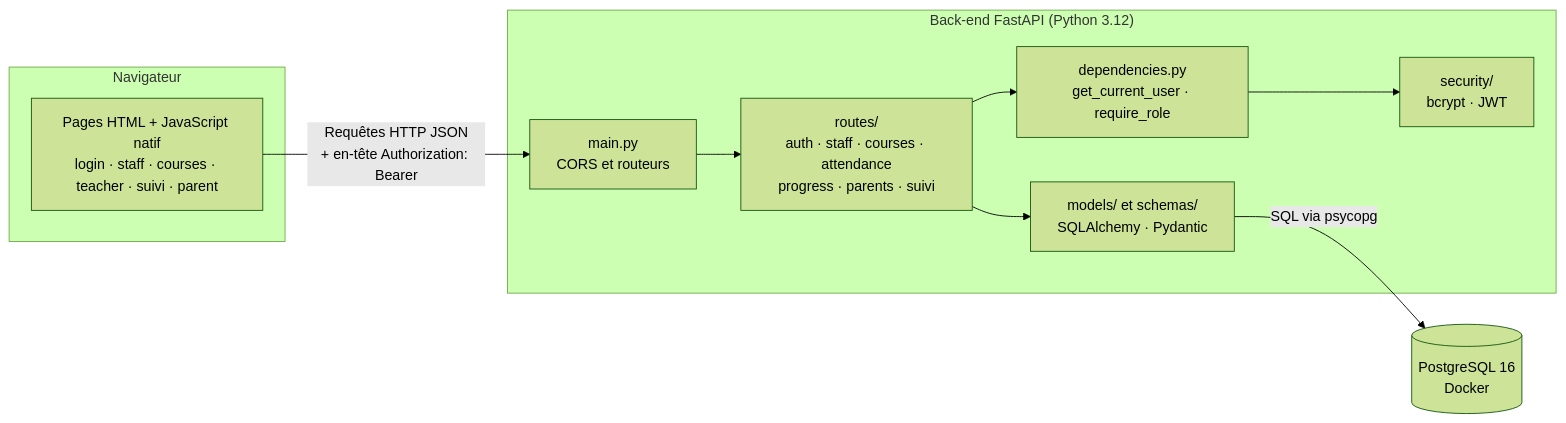
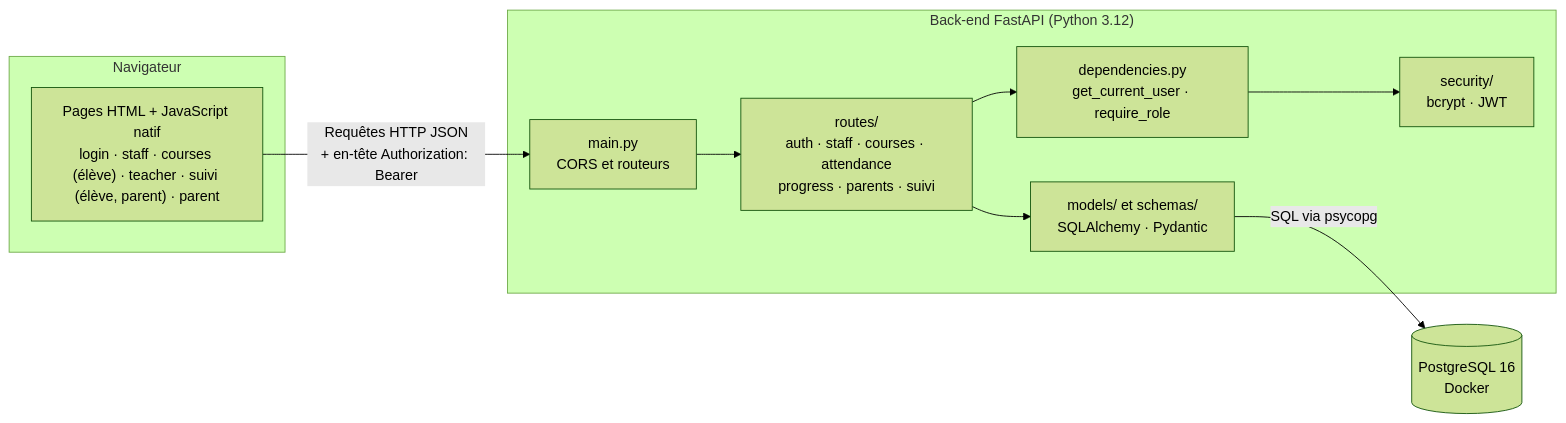
The first of 2 diagrams in README.md (madi-spec49/Classe_Acces), drawn with Mermaid (forest theme) before and after one commit.

Commit message:
docs: name the user role of each page in the architecture diagram

````diff
--- a/README.md
+++ b/README.md
@@ -62,23 +62,23 @@
 ```mermaid
 flowchart LR
     subgraph Client["Navigateur"]
-        FE["Pages HTML + JavaScript natif<br/>login · staff · courses · teacher · suivi · parent"]
+        FE["Pages HTML + JavaScript natif<br/>login · staff · courses (élève) · teacher · suivi (élève, parent) · parent"]
     end
 
     subgraph Backend["Back-end FastAPI (Python 3.12)"]
         MAIN["main.py<br/>CORS et routeurs"]
         ROUTES["routes/<br/>auth · staff · courses · attendance<br/>progress · parents · suivi"]
         DEPS["dependencies.py<br/>get_current_user · require_role"]
         SEC["security/<br/>bcrypt · JWT"]
         MODELS["models/ et schemas/<br/>SQLAlchemy · Pydantic"]
     end
 
     DB[("PostgreSQL 16<br/>Docker")]
 
     FE -- "Requêtes HTTP JSON<br/>+ en-tête Authorization: Bearer" --> MAIN
     MAIN --> ROUTES
     ROUTES --> DEPS
     DEPS --> SEC
     ROUTES --> MODELS
     MODELS -- "SQL via psycopg" --> DB
 ```
````
